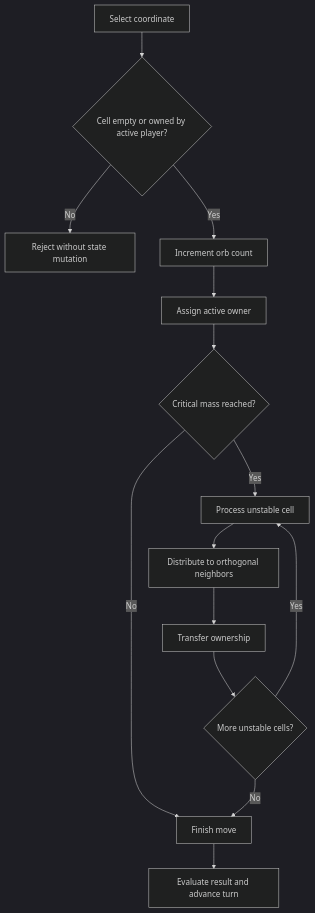
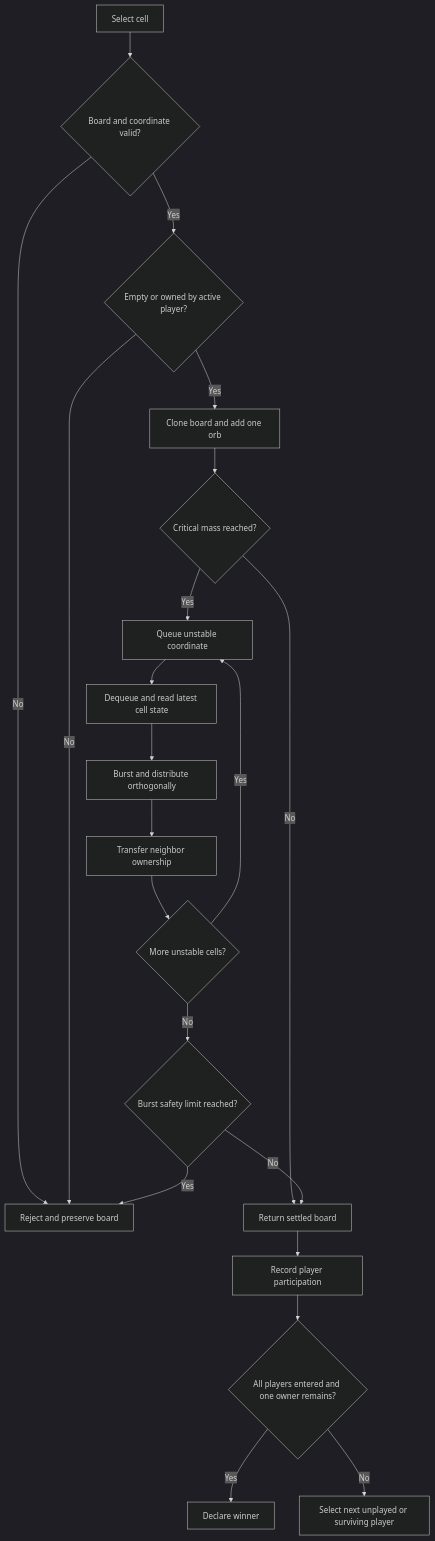
The diagram in docs/architecture/turn-lifecycle.mmd (Brajesh31/Chain-Reaction-Game), drawn with Mermaid (dark theme) before and after one commit. The commit also changed 14 other files, not shown here.

```diff
--- a/docs/architecture/turn-lifecycle.mmd
+++ b/docs/architecture/turn-lifecycle.mmd
@@ -1,14 +1,21 @@
 flowchart TD
- A[Select coordinate] --> B{Cell empty or owned by active player?}
- B -- No --> X[Reject without state mutation]
- B -- Yes --> C[Increment orb count]
- C --> D[Assign active owner]
- D --> E{Critical mass reached?}
- E -- No --> F[Finish move]
- E -- Yes --> G[Process unstable cell]
- G --> H[Distribute to orthogonal neighbors]
- H --> I[Transfer ownership]
- I --> J{More unstable cells?}
- J -- Yes --> G
- J -- No --> F
- F --> K[Evaluate result and advance turn]
+  A[Select cell] --> B{Board and coordinate valid?}
+  B -- No --> X[Reject and preserve board]
+  B -- Yes --> C{Empty or owned by active player?}
+  C -- No --> X
+  C -- Yes --> D[Clone board and add one orb]
+  D --> E{Critical mass reached?}
+  E -- No --> F[Return settled board]
+  E -- Yes --> G[Queue unstable coordinate]
+  G --> H[Dequeue and read latest cell state]
+  H --> I[Burst and distribute orthogonally]
+  I --> J[Transfer neighbor ownership]
+  J --> K{More unstable cells?}
+  K -- Yes --> G
+  K -- No --> L{Burst safety limit reached?}
+  L -- Yes --> X
+  L -- No --> F
+  F --> M[Record player participation]
+  M --> N{All players entered and one owner remains?}
+  N -- Yes --> W[Declare winner]
+  N -- No --> P[Select next unplayed or surviving player]
```
